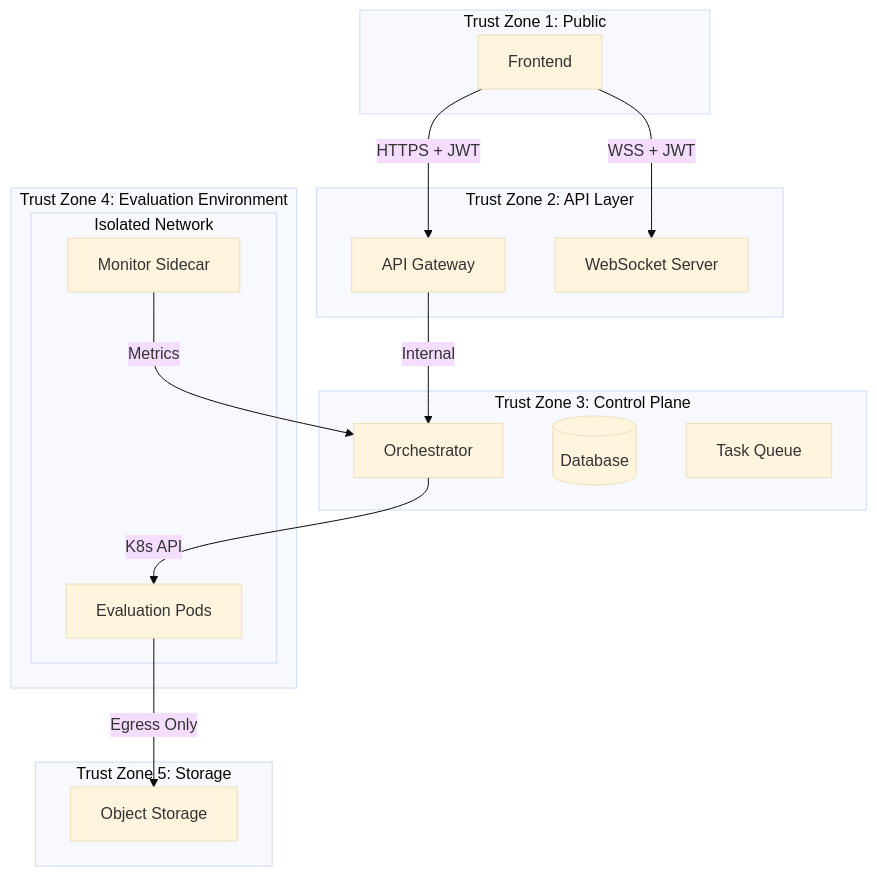
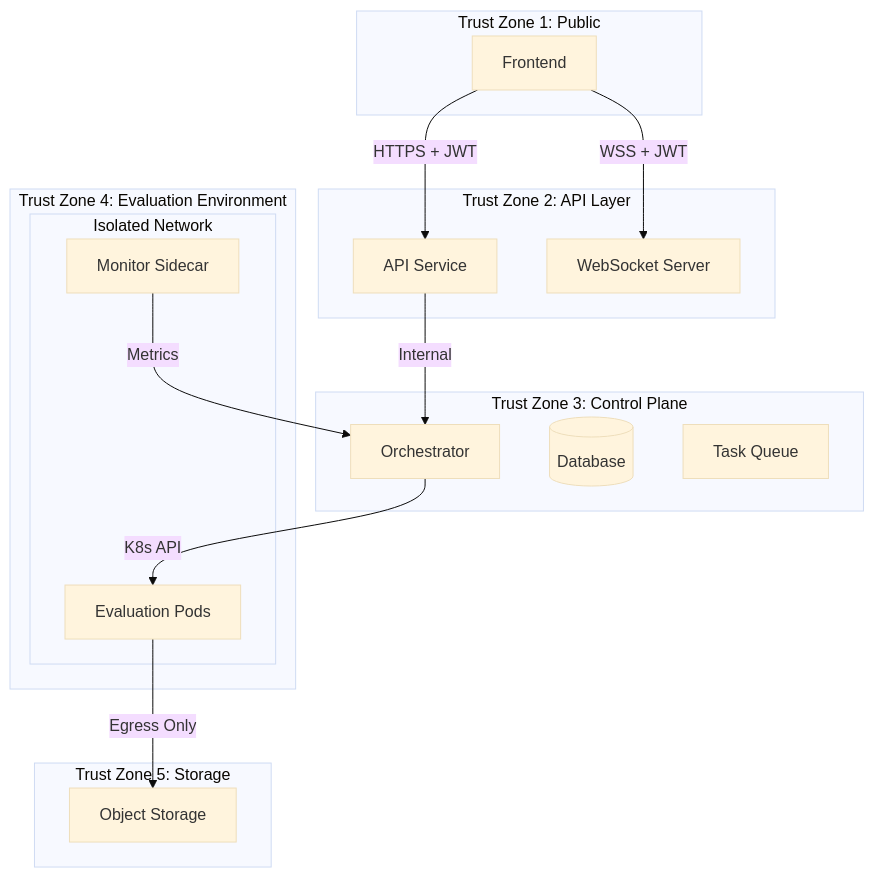
One commit to VeylanSolmira/crucible-eval-platform changed the seventh of 7 diagrams in architecture.md. Above: the diagram before and after it, drawn with Mermaid (base theme). The commit also changed other lines of this file and 122 other files, not shown here.

````diff
--- a/architecture.md
+++ b/architecture.md
@@ -766,35 +767,35 @@
 ```mermaid
 graph TB
     subgraph "Trust Zone 1: Public"
         F[Frontend]
     end
     
     subgraph "Trust Zone 2: API Layer"
-        API[API Gateway]
+        API[API Service]
         WS[WebSocket Server]
     end
     
     subgraph "Trust Zone 3: Control Plane"
         O[Orchestrator]
         DB[(Database)]
         Q[Task Queue]
     end
     
     subgraph "Trust Zone 4: Evaluation Environment"
         subgraph "Isolated Network"
             P[Evaluation Pods]
             M[Monitor Sidecar]
         end
     end
     
     subgraph "Trust Zone 5: Storage"
         S3[Object Storage]
     end
     
     F -->|HTTPS + JWT| API
     F -->|WSS + JWT| WS
     API -->|Internal| O
     O -->|K8s API| P
     P -->|Egress Only| S3
     M -->|Metrics| O
 ```
````
